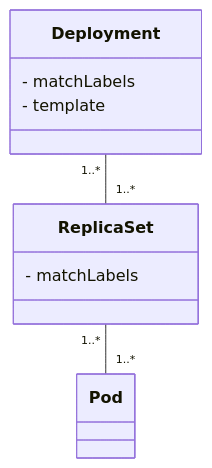
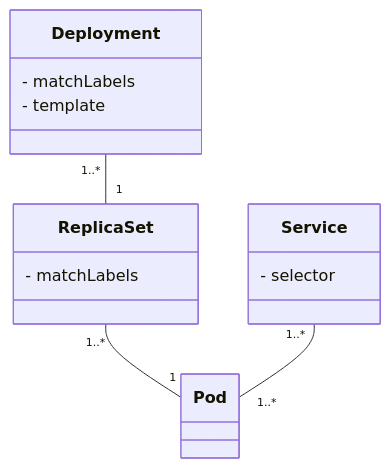
One commit to rbaihis/k8s_basics changed the diagram in ANNOTATIONS_AND_LABELS.md. Above: the diagram before and after it, drawn with Mermaid.

````diff
--- a/ANNOTATIONS_AND_LABELS.md
+++ b/ANNOTATIONS_AND_LABELS.md
@@ -21,14 +21,18 @@
 ```mermaid
 classDiagram
     class Deployment {
         - matchLabels
         - template
     }
     class ReplicaSet {
         - matchLabels
     }
     class Pod
-    
-    Deployment "1..*" -- "1..*" ReplicaSet
-    ReplicaSet "1..*" -- "1..*" Pod
+    class Service {
+        - selector
+    }
+
+    Deployment "1..*" -- "1" ReplicaSet
+    ReplicaSet "1..*" -- "1" Pod
+    Service "1..*" -- "1..*" Pod
 ``` 
````
